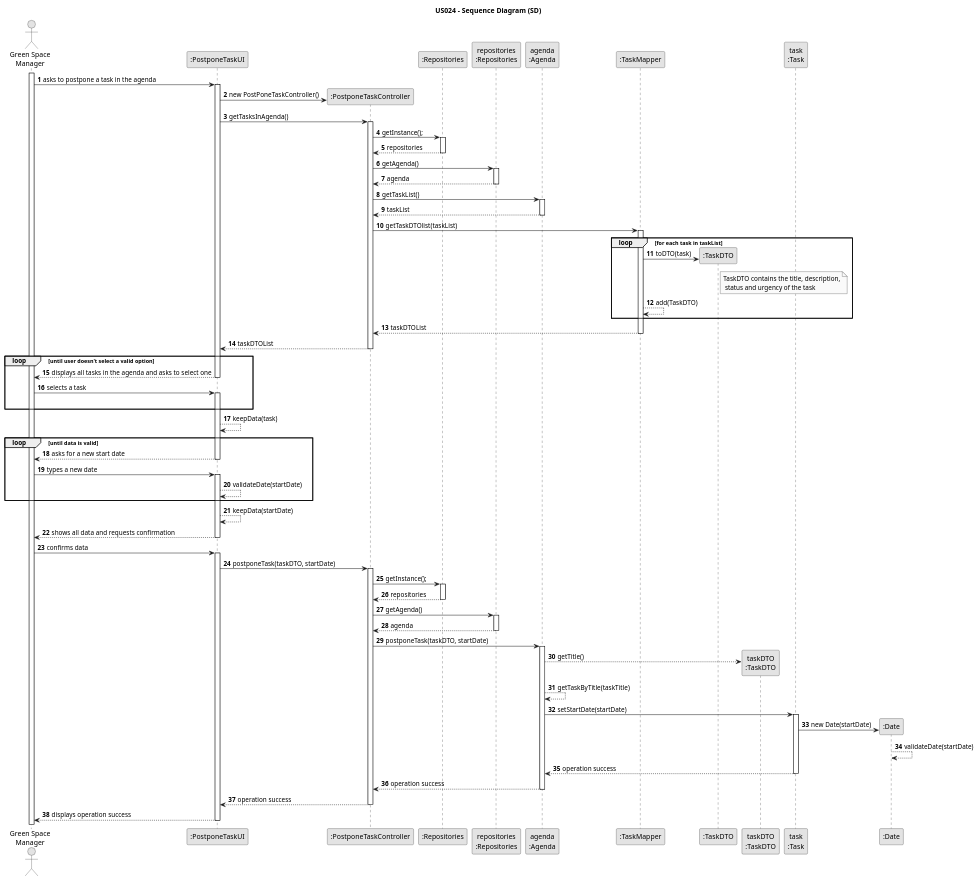
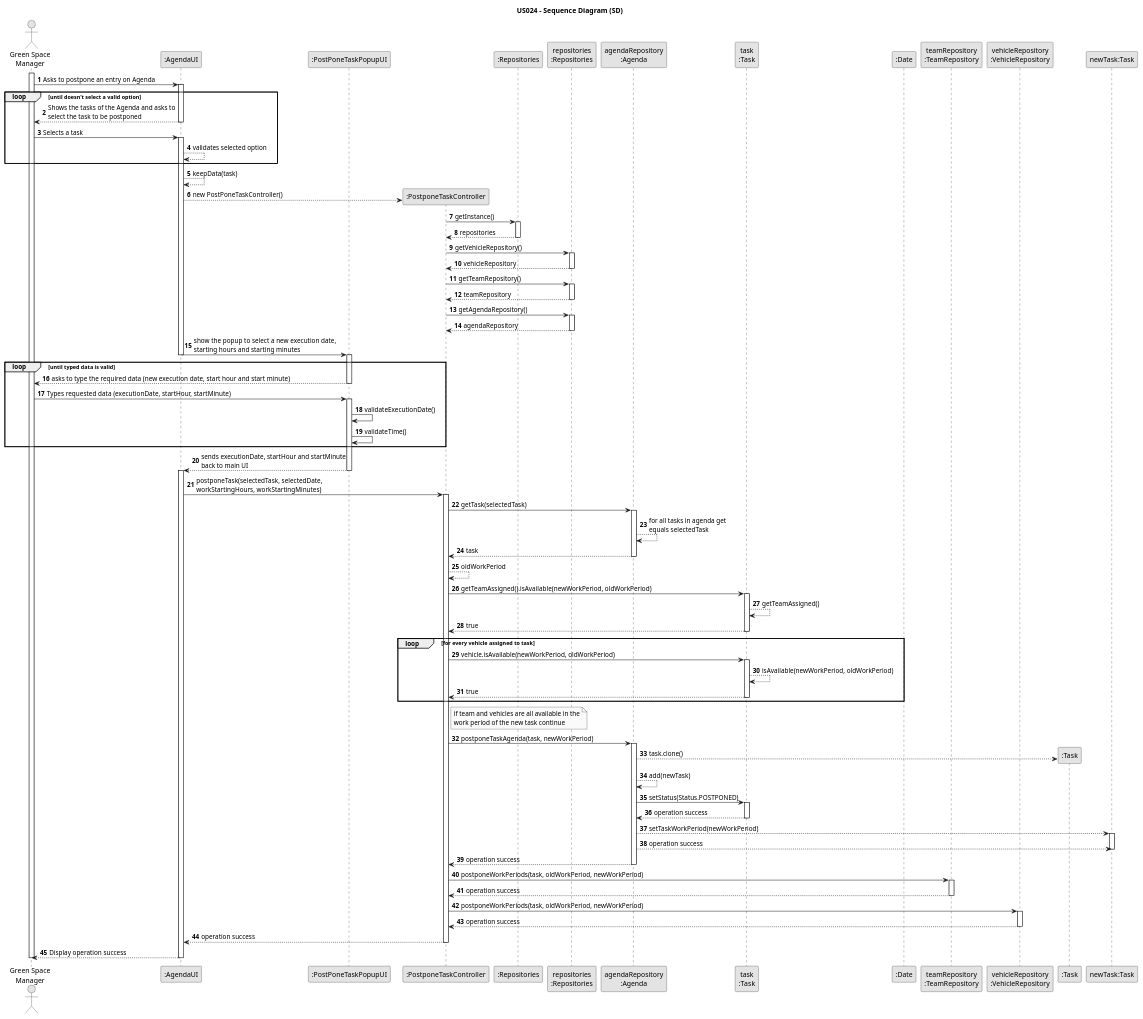
One commit to Rui-San/LAPR2_2023_2024 changed the diagram in docs/sprintC/us024/03.design/puml/us024-sequence-diagram.puml. Above: the diagram before and after it, drawn with PlantUML. The commit also changed 1 other file, not shown here.

Commit message:
US24 - Sequence Diagram

```diff
--- a/docs/sprintC/us024/03.design/puml/us024-sequence-diagram.puml
+++ b/docs/sprintC/us024/03.design/puml/us024-sequence-diagram.puml
@@ -1,124 +1,153 @@
 @startuml
 skinparam monochrome true
 skinparam packageStyle rectangle
 skinparam shadowing false
 
 title US024 - Sequence Diagram (SD)
 
 autonumber
 
 actor "Green Space\nManager" as GSM
-participant ":PostponeTaskUI" as UI
+participant ":AgendaUI" as UI
+participant ":PostPoneTaskPopupUI" as Popup
 participant ":PostponeTaskController" as CTRL
 participant ":Repositories" as REPO
 participant "repositories\n:Repositories" as REPOInstance
-participant "agenda\n:Agenda" as AGENDA
-participant ":TaskMapper" as TaskMapper
-participant ":TaskDTO" as TaskDTO
-participant "taskDTO\n:TaskDTO" as getTaskDTO
+participant "agendaRepository\n:Agenda" as AGENDA
 participant "task\n:Task" as Task
 participant ":Date" as Date
+participant "teamRepository\n:TeamRepository" as TeamRepo
+participant "vehicleRepository\n:VehicleRepository" as VehicleRepo
+participant ":Task" as NewTask
+participant "newTask:Task" as NewTaskTask
 
 activate GSM
 
-    GSM -> UI : asks to postpone a task in the agenda
+    GSM -> UI : Asks to postpone an entry on Agenda
+
     activate UI
+loop until doesn't select a valid option
+        UI --> GSM : Shows the tasks of the Agenda and asks to\nselect the task to be postponed
+    deactivate UI
 
-    UI -> CTRL** : new PostPoneTaskController()
-
-    UI -> CTRL : getTasksInAgenda()
-    activate CTRL
-
-        CTRL -> REPO : getInstance();
+    GSM -> UI : Selects a task
+    activate UI
+    UI --> UI : validates selected option
+end loop
+        UI --> UI : keepData(task)
+        UI --> CTRL** : new PostPoneTaskController()
+        CTRL -> REPO : getInstance()
         activate REPO
 
             REPO --> CTRL : repositories
         deactivate REPO
-        CTRL -> REPOInstance : getAgenda()
+        CTRL -> REPOInstance : getVehicleRepository()
         activate REPOInstance
 
-            REPOInstance --> CTRL : agenda
+            REPOInstance --> CTRL : vehicleRepository
         deactivate REPOInstance
-        CTRL -> AGENDA : getTaskList()
-        activate AGENDA
+        CTRL -> REPOInstance : getTeamRepository()
+        activate REPOInstance
 
-            AGENDA --> CTRL : taskList
-        deactivate AGENDA
+            REPOInstance --> CTRL : teamRepository
+        deactivate REPOInstance
+        CTRL -> REPOInstance : getAgendaRepository()
+        activate REPOInstance
 
-        CTRL -> TaskMapper: getTaskDTOlist(taskList)
-        activate TaskMapper
+            REPOInstance --> CTRL : agendaRepository
+        deactivate REPOInstance
 
-loop for each task in taskList
-            TaskMapper -> TaskDTO**: toDTO(task)
-            note right of TaskDTO
-                TaskDTO contains the title, description,
-                 status and urgency of the task
-            end note
-            TaskMapper --> TaskMapper : add(TaskDTO)
-end loop
-            TaskMapper --> CTRL : taskDTOList
-        deactivate TaskMapper
-        CTRL --> UI : taskDTOList
-
-    deactivate CTRL
-
-loop until user doesn't select a valid option
-        UI --> GSM : displays all tasks in the agenda and asks to select one
+        UI -> Popup : show the popup to select a new execution date,\nstarting hours and starting minutes
     deactivate UI
 
-    GSM -> UI : selects a task
-    activate UI
-    |||
+    activate Popup
+loop until typed data is valid
+        Popup --> GSM : asks to type the required data (new execution date, start hour and start minute)
+    deactivate Popup
+
+    GSM -> Popup : Types requested data (executionDate, startHour, startMinute)
+    activate Popup
+
+        Popup -> Popup : validateExecutionDate()
+        Popup -> Popup : validateTime()
 end loop
-        UI --> UI : keepData(task)
-loop until data is valid
-        UI --> GSM : asks for a new start date
-    deactivate UI
+        Popup --> UI : sends executionDate, startHour and startMinute\nback to main UI
+    deactivate Popup
 
-    GSM -> UI : types a new date
-    activate UI
-        UI --> UI : validateDate(startDate)
-end loop
-        UI --> UI : keepData(startDate)
-        UI --> GSM : shows all data and requests confirmation
-    deactivate UI
-
-    GSM -> UI : confirms data
     activate UI
 
-        UI -> CTRL : postponeTask(taskDTO, startDate)
+        UI -> CTRL : postponeTask(selectedTask, selectedDate,\nworkStartingHours, workStartingMinutes)
         activate CTRL
 
-            CTRL -> REPO : getInstance();
-            activate REPO
-
-                REPO --> CTRL : repositories
-            deactivate REPO
-            CTRL -> REPOInstance : getAgenda()
-            activate REPOInstance
-
-                REPOInstance --> CTRL : agenda
-            deactivate REPOInstance
-            CTRL -> AGENDA : postponeTask(taskDTO, startDate)
+            CTRL -> AGENDA : getTask(selectedTask)
             activate AGENDA
 
-                AGENDA --> getTaskDTO** : getTitle()
-                AGENDA --> AGENDA : getTaskByTitle(taskTitle)
-                AGENDA -> Task : setStartDate(startDate)
+                AGENDA --> AGENDA : for all tasks in agenda get\nequals selectedTask
+                AGENDA --> CTRL : task
+            deactivate AGENDA
+
+            CTRL --> CTRL : oldWorkPeriod
+
+            CTRL -> Task : getTeamAssigned().isAvailable(newWorkPeriod, oldWorkPeriod)
+            activate Task
+
+                Task --> Task : getTeamAssigned()
+                Task --> CTRL : true
+            deactivate Task
+
+            loop for every vehicle assigned to task
+            CTRL -> Task : vehicle.isAvailable(newWorkPeriod, oldWorkPeriod)
+            activate Task
+
+                Task --> Task : isAvailable(newWorkPeriod, oldWorkPeriod)
+                Task --> CTRL : true
+            deactivate Task
+            end loop
+
+            note right of CTRL
+                if team and vehicles are all available in the
+                work period of the new task continue
+            end note
+
+            CTRL -> AGENDA : postponeTaskAgenda(task, newWorkPeriod)
+            activate AGENDA
+
+                AGENDA --> NewTask** : task.clone()
+                AGENDA --> AGENDA : add(newTask)
+                AGENDA -> Task : setStatus(Status.POSTPONED)
                 activate Task
 
-                    Task -> Date** : new Date(startDate)
-                    Date --> Date : validateDate(startDate)
                     Task --> AGENDA : operation success
                 deactivate Task
+                AGENDA --> NewTaskTask : setTaskWorkPeriod(newWorkPeriod)
+                activate NewTaskTask
+
+                    AGENDA --> NewTaskTask : operation success
+                deactivate NewTaskTask
 
                 AGENDA --> CTRL : operation success
             deactivate AGENDA
 
+            CTRL -> TeamRepo : postponeWorkPeriods(task, oldWorkPeriod, newWorkPeriod)
+            activate TeamRepo
+
+                TeamRepo --> CTRL : operation success
+            deactivate TeamRepo
+
+            CTRL -> VehicleRepo : postponeWorkPeriods(task, oldWorkPeriod, newWorkPeriod)
+            activate VehicleRepo
+
+                VehicleRepo --> CTRL : operation success
+            deactivate VehicleRepo
+
             CTRL --> UI : operation success
         deactivate CTRL
 
-        UI --> GSM : displays operation success
+        UI --> GSM : Display operation success
+
     deactivate UI
 
+deactivate GSM
+
+
 @enduml
```
